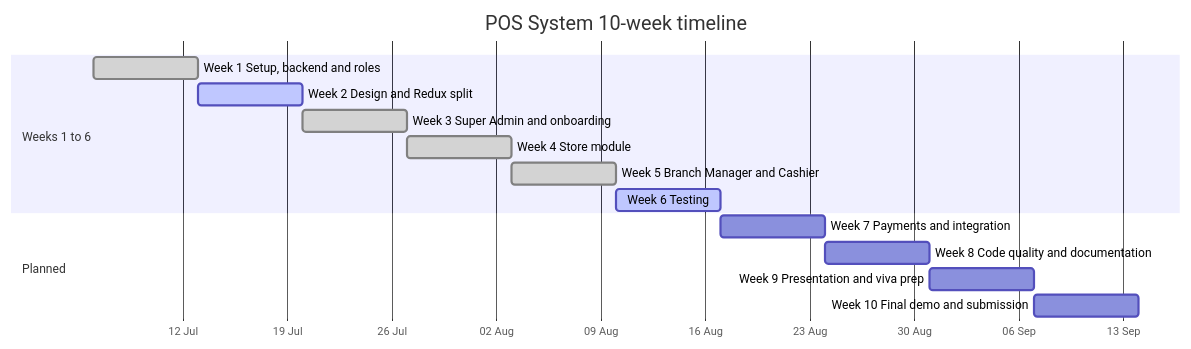
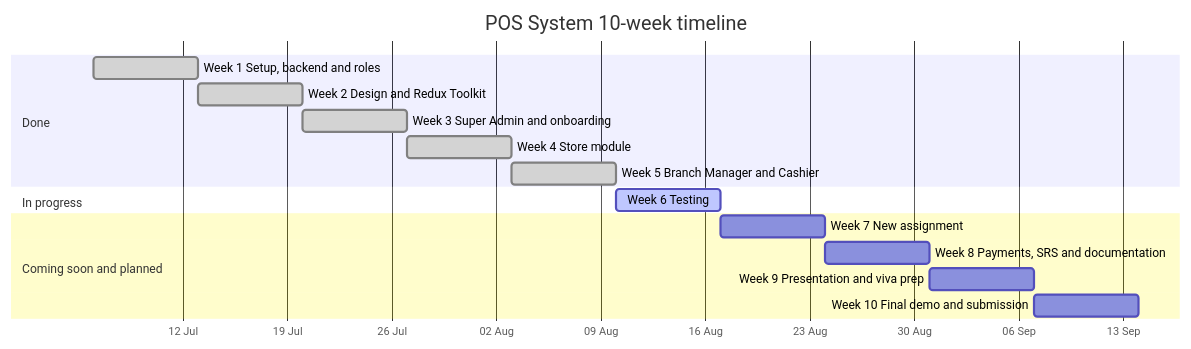
Before and after one commit to bohra0022/A-multitenat-pos-system: the diagram in reports/09-timeline/TIMELINE.md, drawn with Mermaid. The commit also changed other lines of this file and 1 other file, not shown here.

Commit message:
docs(timeline): mark weeks 1 to 5 done and add the new assignment week

````diff
--- a/reports/09-timeline/TIMELINE.md
+++ b/reports/09-timeline/TIMELINE.md
@@ -7,18 +7,19 @@
 ```mermaid
 gantt
     title POS System 10-week timeline
     dateFormat YYYY-MM-DD
     axisFormat %d %b
-    section Weeks 1 to 6
+    section Done
     Week 1 Setup, backend and roles            :done, w1, 2026-07-06, 7d
-    Week 2 Design and Redux split              :active, w2, 2026-07-13, 7d
+    Week 2 Design and Redux Toolkit            :done, w2, 2026-07-13, 7d
     Week 3 Super Admin and onboarding          :done, w3, 2026-07-20, 7d
     Week 4 Store module                        :done, w4, 2026-07-27, 7d
     Week 5 Branch Manager and Cashier          :done, w5, 2026-08-03, 7d
+    section In progress
     Week 6 Testing                             :active, w6, 2026-08-10, 7d
-    section Planned
-    Week 7 Payments and integration            :w7, 2026-08-17, 7d
-    Week 8 Code quality and documentation      :w8, 2026-08-24, 7d
+    section Coming soon and planned
+    Week 7 New assignment                      :w7, 2026-08-17, 7d
+    Week 8 Payments, SRS and documentation     :w8, 2026-08-24, 7d
     Week 9 Presentation and viva prep          :w9, 2026-08-31, 7d
     Week 10 Final demo and submission          :w10, 2026-09-07, 7d
 ```
````
